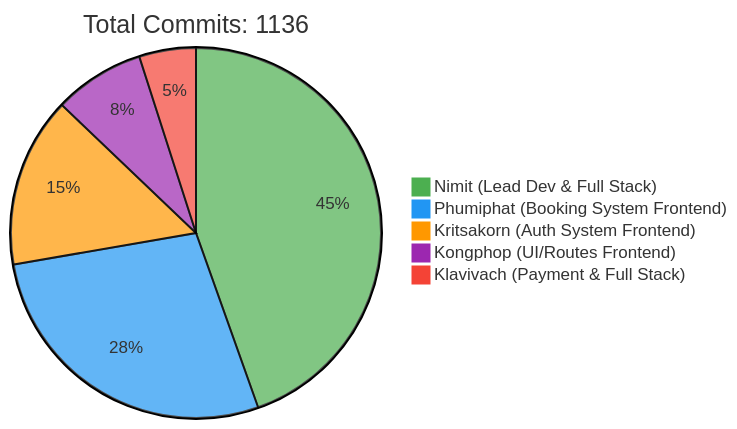
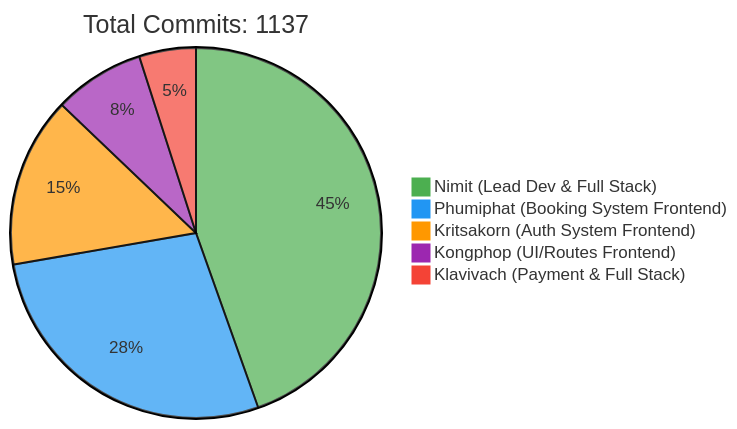
The first of 2 diagrams in README.md (6531503042/Sport-Complex), drawn with Mermaid before and after one commit. The commit also changed other lines of this file, not shown here.

Commit message:
docs: Update contributor statistics [skip ci]

````diff
--- a/README.md
+++ b/README.md
@@ -257,10 +257,10 @@
 ```mermaid
 %%{init: {'theme': 'base', 'themeVariables': { 'pie1': '#4CAF50', 'pie2': '#2196F3', 'pie3': '#FF9800', 'pie4': '#9C27B0', 'pie5': '#F44336'}}}%%
 pie
-    title Total Commits: 1136
+    title Total Commits: 1137
     "Nimit (Lead Dev & Full Stack)" : 450
     "Phumiphat (Booking System Frontend)" : 280
     "Kritsakorn (Auth System Frontend)" : 150
     "Kongphop (UI/Routes Frontend)" : 80
     "Klavivach (Payment & Full Stack)" : 50
 ```
````
